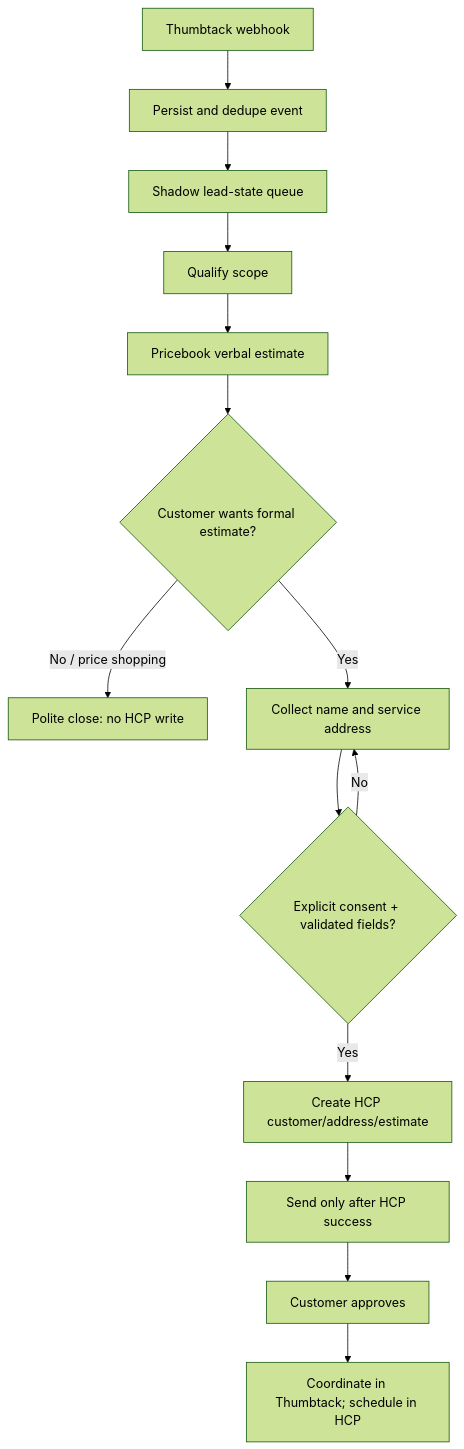
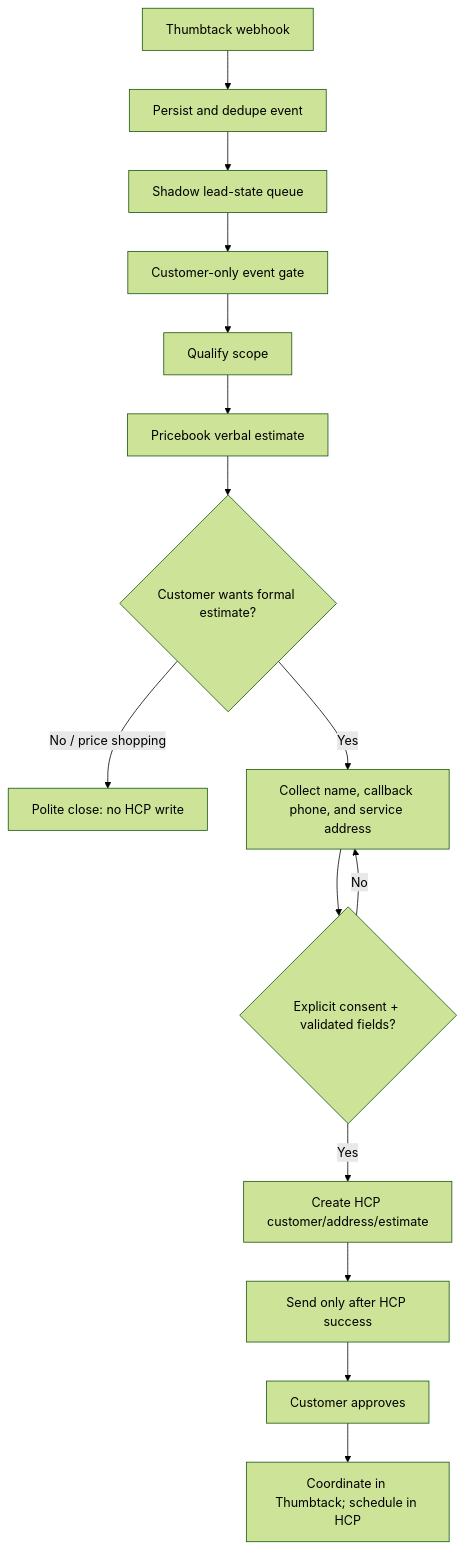
The diagram in docs/thumbtack-maverick-flow.md (Maverick-Core-Software/MCC), drawn with Mermaid (forest theme) before and after one commit. The commit also changed 4 other files, not shown here.

Commit message:
feat(thumbtack): classify customer lead events safely

````diff
--- a/docs/thumbtack-maverick-flow.md
+++ b/docs/thumbtack-maverick-flow.md
@@ -5,16 +5,17 @@
 ```mermaid
 flowchart TD
   A[Thumbtack webhook] --> B[Persist and dedupe event]
   B --> C[Shadow lead-state queue]
-  C --> D[Qualify scope]
-  D --> E[Pricebook verbal estimate]
-  E --> F{Customer wants formal estimate?}
-  F -- No / price shopping --> G[Polite close: no HCP write]
-  F -- Yes --> H[Collect name and service address]
-  H --> I{Explicit consent + validated fields?}
-  I -- No --> H
-  I -- Yes --> J[Create HCP customer/address/estimate]
-  J --> K[Send only after HCP success]
-  K --> L[Customer approves]
-  L --> M[Coordinate in Thumbtack; schedule in HCP]
+  C --> D[Customer-only event gate]
+  D --> E[Qualify scope]
+  E --> F[Pricebook verbal estimate]
+  F --> G{Customer wants formal estimate?}
+  G -- No / price shopping --> H[Polite close: no HCP write]
+  G -- Yes --> I[Collect name, callback phone, and service address]
+  I --> J{Explicit consent + validated fields?}
+  J -- No --> I
+  J -- Yes --> K[Create HCP customer/address/estimate]
+  K --> L[Send only after HCP success]
+  L --> M[Customer approves]
+  M --> N[Coordinate in Thumbtack; schedule in HCP]
 ```
````
